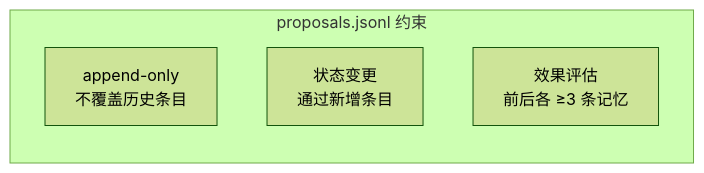
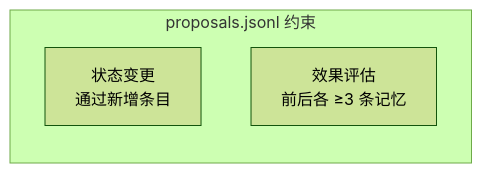
Before and after one commit to effiy/YrY: the third of 11 diagrams in rules/self-improve.md, drawn with Mermaid (forest theme). The commit also changed other lines of this file and 42 other files, not shown here.

First line of the commit message:
feat: apply Mermaid authoring rules (M1-M12) across entire codebase

````diff
--- a/rules/self-improve.md
+++ b/rules/self-improve.md
@@ -67,9 +77,10 @@
 ```mermaid
 flowchart LR
     subgraph 约束["proposals.jsonl 约束"]
-        C1["append-only<br/>不覆盖历史条目"]:::rule
+        direction TB
         C2["状态变更<br/>通过新增条目"]:::rule
         C3["效果评估<br/>前后各 ≥3 条记忆"]:::rule
     end
 
+
 ```
````
